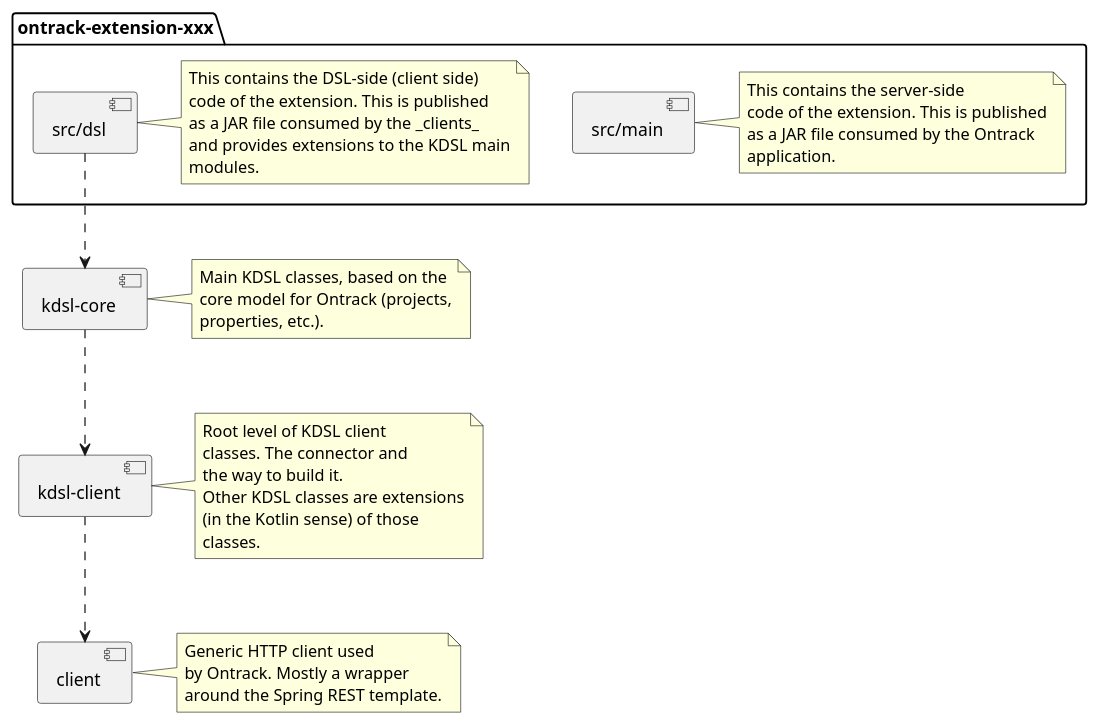
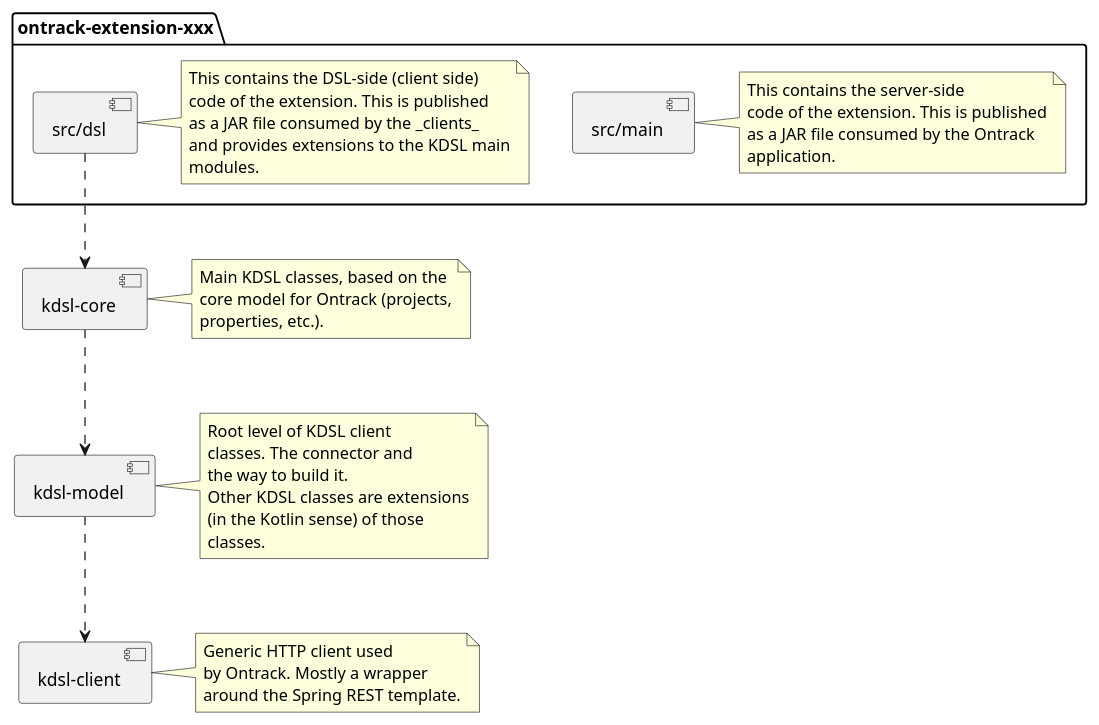
One commit to ReginaBabo/ontrack changed the diagram in ontrack-docs/src/docs/asciidoc/architecture-kdsl.puml. Above: the diagram before and after it, drawn with PlantUML.

Commit message:
[kdsl] Kotlin DSL client

```diff
--- a/ontrack-docs/src/docs/asciidoc/architecture-kdsl.puml
+++ b/ontrack-docs/src/docs/asciidoc/architecture-kdsl.puml
@@ -1,59 +1,59 @@
 @startuml
 
-component "client" as Client
+component "kdsl-client" as Client
 
 note right of Client
     Generic HTTP client used
     by Ontrack. Mostly a wrapper
     around the Spring REST template.
 end note
 
-component "kdsl-client" as KDSLClient
+component "kdsl-model" as KDSLClient
 
 KDSLClient ..> Client
 
 note right of KDSLClient
     Root level of KDSL client
     classes. The connector and
     the way to build it.
     Other KDSL classes are extensions
     (in the Kotlin sense) of those
     classes.
 end note
 
 component "kdsl-core" as KDSLCore
 
 KDSLCore ..> KDSLClient
 
 note right of KDSLCore
     Main KDSL classes, based on the
     core model for Ontrack (projects,
     properties, etc.).
 end note
 
 package "ontrack-extension-xxx" {
 
     component "src/main" as ExtensionJAR
 
     note right of ExtensionJAR
         This contains the server-side
         code of the extension. This is published
         as a JAR file consumed by the Ontrack
         application.
     end note
 
     component "src/dsl" as ExtensionDSL
 
     ExtensionDSL ..> KDSLCore
 
     note right of ExtensionDSL
         This contains the DSL-side (client side)
         code of the extension. This is published
         as a JAR file consumed by the _clients_
         and provides extensions to the KDSL main
         modules.
     end note
 
 }
 
 @enduml
```
